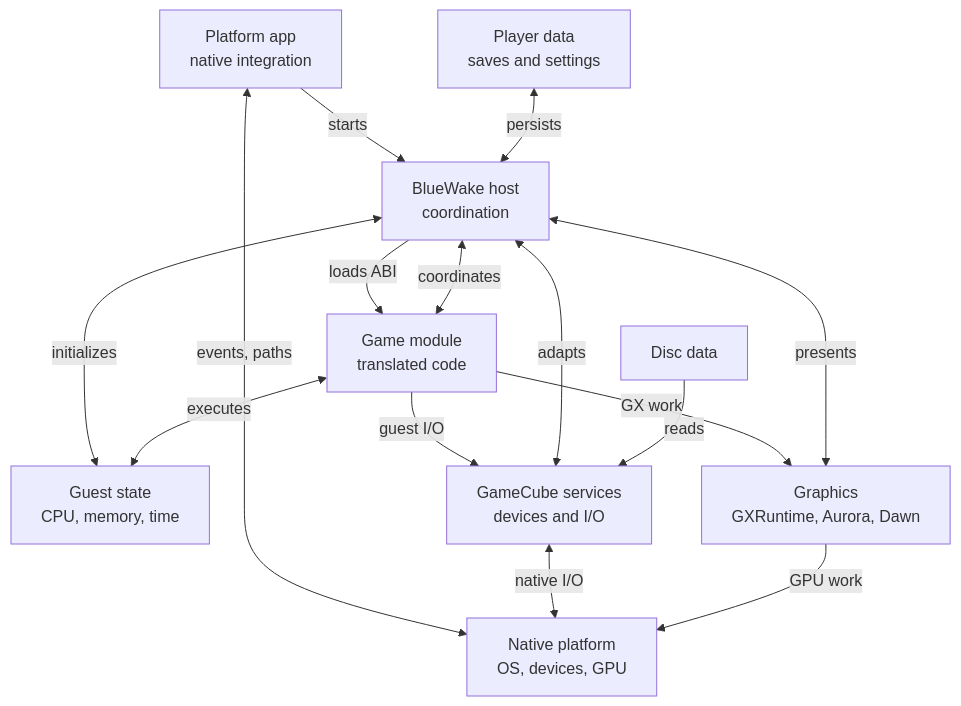
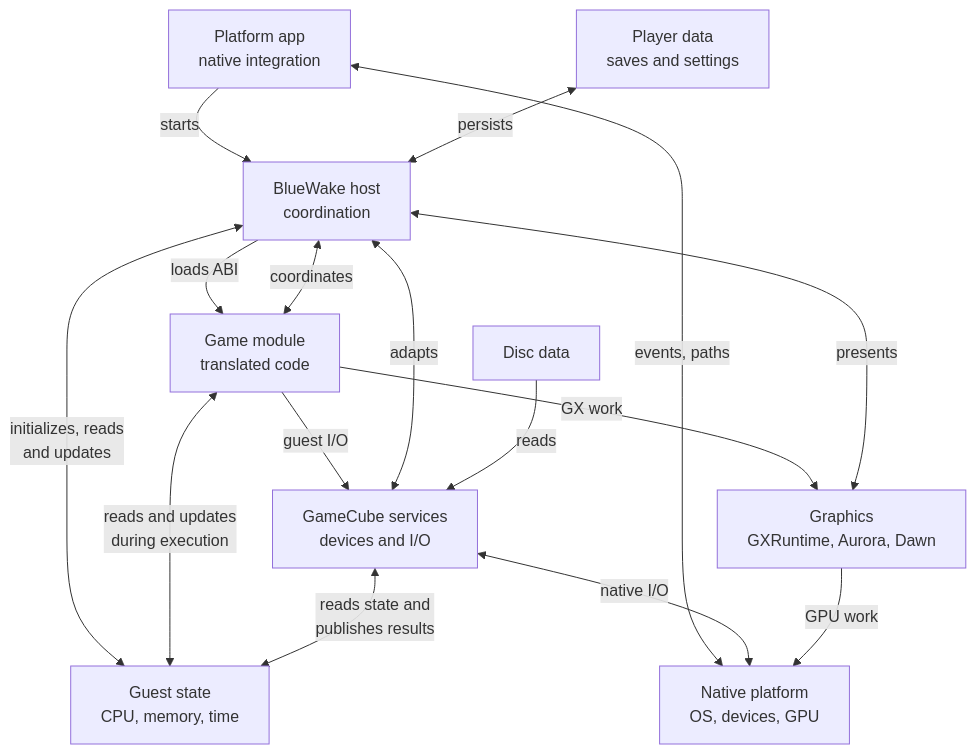
The first of 2 diagrams in docs/architecture/Runtime.md (Aelbannan/boat_of_daphnes), drawn with Mermaid before and after one commit. The commit also changed other lines of this file, not shown here.

Commit message:
docs: clarify host access to guest state

````diff
--- a/docs/architecture/Runtime.md
+++ b/docs/architecture/Runtime.md
@@ -38,27 +38,28 @@
 ```mermaid
 flowchart TD
     Platform["Platform app<br/>native integration"]
     Host["BlueWake host<br/>coordination"]
     Module["Game module<br/>translated code"]
     Guest["Guest state<br/>CPU, memory, time"]
     Services["GameCube services<br/>devices and I/O"]
     Graphics["Graphics<br/>GXRuntime, Aurora, Dawn"]
     Disc["Disc data"]
     Player["Player data<br/>saves and settings"]
     Native["Native platform<br/>OS, devices, GPU"]
 
     Platform -->|"starts"| Host
     Host -->|"loads ABI"| Module
     Host <-->|"coordinates"| Module
-    Host <-->|"initializes"| Guest
-    Module <-->|"executes"| Guest
+    Host <-->|"initializes, reads<br/>and updates"| Guest
+    Module <-->|"reads and updates<br/>during execution"| Guest
     Module -->|"guest I/O"| Services
     Host <-->|"adapts"| Services
+    Services <-->|"reads state and<br/>publishes results"| Guest
     Module -->|"GX work"| Graphics
     Host <-->|"presents"| Graphics
     Disc -->|"reads"| Services
     Player <-->|"persists"| Host
     Platform <-->|"events, paths"| Native
     Services <-->|"native I/O"| Native
     Graphics -->|"GPU work"| Native
 ```
````
